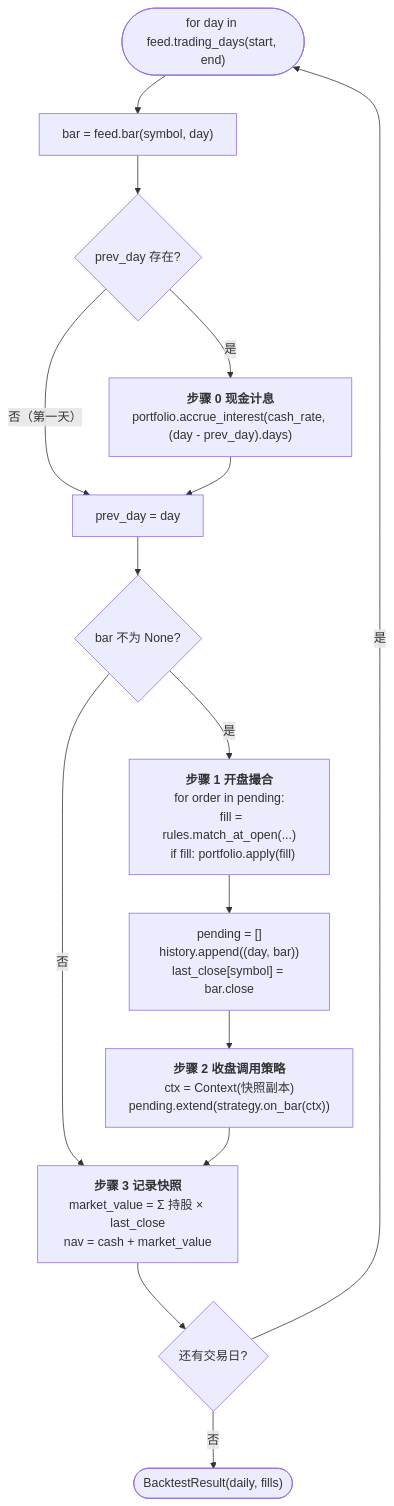
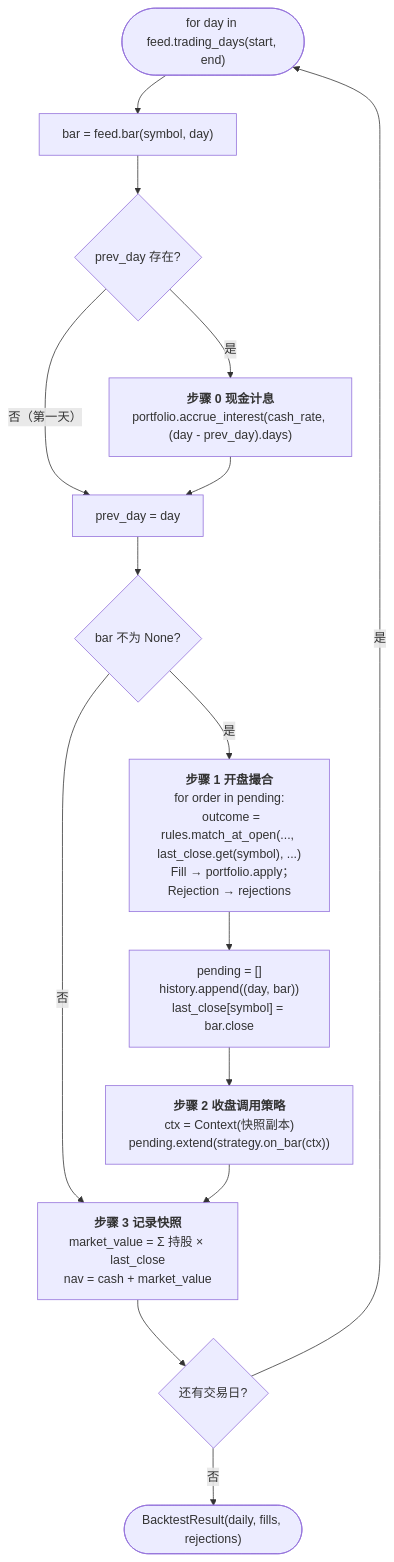
Before and after one commit to guevara12345/quant: diagram 12 of 23 in docs/code-walkthrough.md, drawn with Mermaid. The commit also changed other lines of this file and 16 other files, not shown here.

````diff
--- a/docs/code-walkthrough.md
+++ b/docs/code-walkthrough.md
@@ -506,17 +549,17 @@
 ```mermaid
 flowchart TD
     Start(["for day in feed.trading_days(start, end)"]) --> GetBar["bar = feed.bar(symbol, day)"]
     GetBar --> S0{"prev_day 存在?"}
     S0 -- 是 --> Int["<b>步骤 0 现金计息</b><br/>portfolio.accrue_interest(cash_rate, (day - prev_day).days)"]
     S0 -- 否（第一天） --> SetPrev
     Int --> SetPrev["prev_day = day"]
     SetPrev --> HasBar{"bar 不为 None?"}
     HasBar -- 否 --> Snap
-    HasBar -- 是 --> S1["<b>步骤 1 开盘撮合</b><br/>for order in pending:<br/>  fill = rules.match_at_open(...)<br/>  if fill: portfolio.apply(fill)"]
+    HasBar -- 是 --> S1["<b>步骤 1 开盘撮合</b><br/>for order in pending:<br/>  outcome = rules.match_at_open(..., last_close.get(symbol), ...)<br/>  Fill → portfolio.apply；Rejection → rejections"]
     S1 --> Clear["pending = []<br/>history.append((day, bar))<br/>last_close[symbol] = bar.close"]
     Clear --> S2["<b>步骤 2 收盘调用策略</b><br/>ctx = Context(快照副本)<br/>pending.extend(strategy.on_bar(ctx))"]
     S2 --> Snap["<b>步骤 3 记录快照</b><br/>market_value = Σ 持股 × last_close<br/>nav = cash + market_value"]
     Snap --> Next{还有交易日?}
     Next -- 是 --> Start
-    Next -- 否 --> Out(["BacktestResult(daily, fills)"])
+    Next -- 否 --> Out(["BacktestResult(daily, fills, rejections)"])
 ```
````
